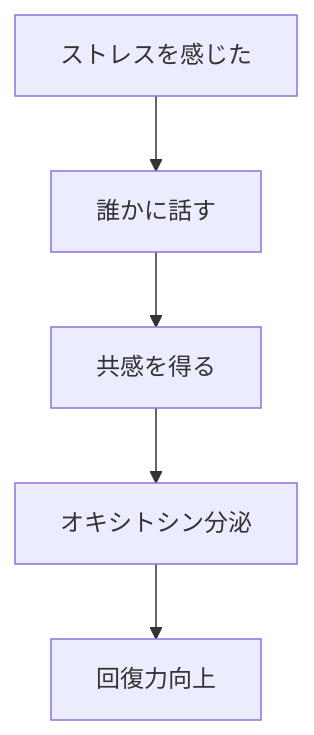
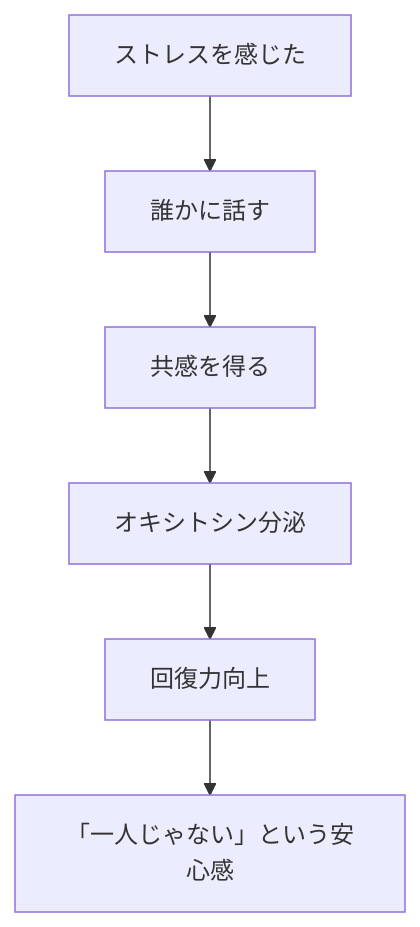
The fifth of 5 diagrams in content/blog/281-stress-growth-mindset-challenge.md (tndg16-bot/portfolio-site), drawn with Mermaid before and after one commit. The commit also changed other lines of this file and 19 other files, not shown here.

````diff
--- a/content/blog/281-stress-growth-mindset-challenge.md
+++ b/content/blog/281-stress-growth-mindset-challenge.md
@@ -99,7 +152,8 @@
 ```mermaid
 graph TD
     A[ストレスを感じた] --> B[誰かに話す]
     B --> C[共感を得る]
     C --> D[オキシトシン分泌]
     D --> E[回復力向上]
+    E --> F[「一人じゃない」という安心感]
 ```
````
